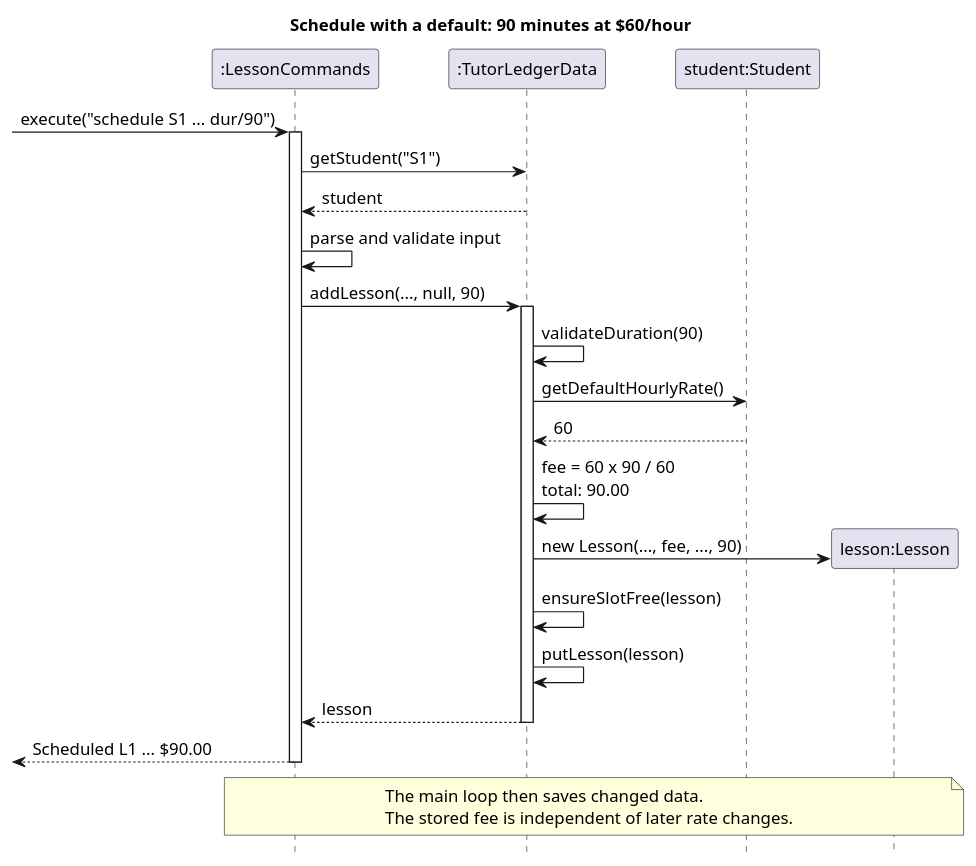
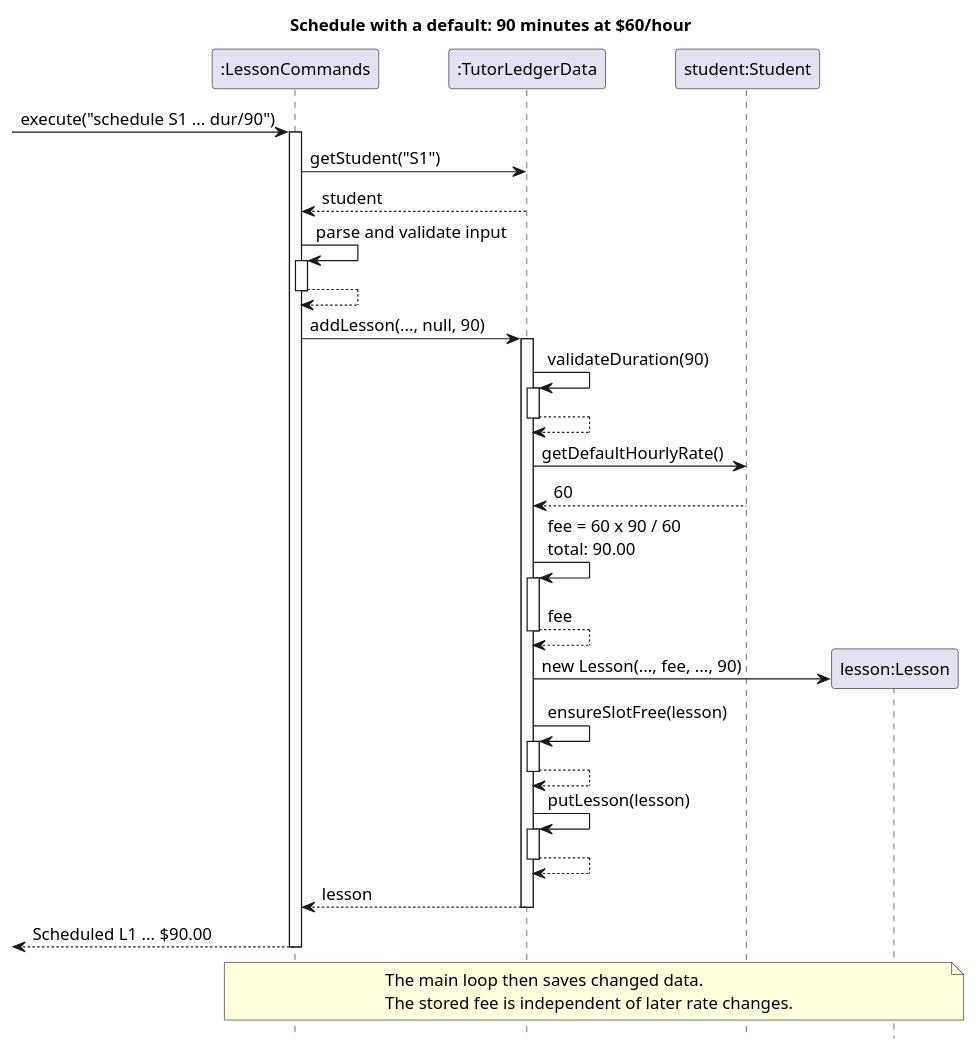
One commit to AY2627S1-CS2113-W12-2/tp changed the diagram in docs/diagrams/hourly-rate-schedule-sequence.puml. Above: the diagram before and after it, drawn with PlantUML. The commit also changed 21 other files, not shown here.

First line of the commit message:
DG: Add return arrows to self-calls in sequence diagrams

```diff
--- a/docs/diagrams/hourly-rate-schedule-sequence.puml
+++ b/docs/diagrams/hourly-rate-schedule-sequence.puml
@@ -1,36 +1,51 @@
 @startuml
 skinparam backgroundColor white
 skinparam defaultFontSize 14
 skinparam shadowing false
 hide footbox
 title Schedule with a default: 90 minutes at $60/hour
 
 participant ":LessonCommands" as Commands
 participant ":TutorLedgerData" as Data
 participant "student:Student" as Student
 participant "lesson:Lesson" as Lesson
 
 [-> Commands : execute("schedule S1 ... dur/90")
 activate Commands
 Commands -> Data : getStudent("S1")
 Data --> Commands : student
 Commands -> Commands : parse and validate input
+activate Commands
+Commands --> Commands
+deactivate Commands
 Commands -> Data : addLesson(..., null, 90)
 activate Data
 Data -> Data : validateDuration(90)
+activate Data
+Data --> Data
+deactivate Data
 Data -> Student : getDefaultHourlyRate()
 Student --> Data : 60
 Data -> Data : fee = 60 x 90 / 60\ntotal: 90.00
+activate Data
+Data --> Data : fee
+deactivate Data
 create Lesson
 Data -> Lesson : new Lesson(..., fee, ..., 90)
 Data -> Data : ensureSlotFree(lesson)
+activate Data
+Data --> Data
+deactivate Data
 Data -> Data : putLesson(lesson)
+activate Data
+Data --> Data
+deactivate Data
 Data --> Commands : lesson
 deactivate Data
 Commands -->[ : Scheduled L1 ... $90.00
 deactivate Commands
 note over Commands, Lesson
   The main loop then saves changed data.
   The stored fee is independent of later rate changes.
 end note
 @enduml
```
